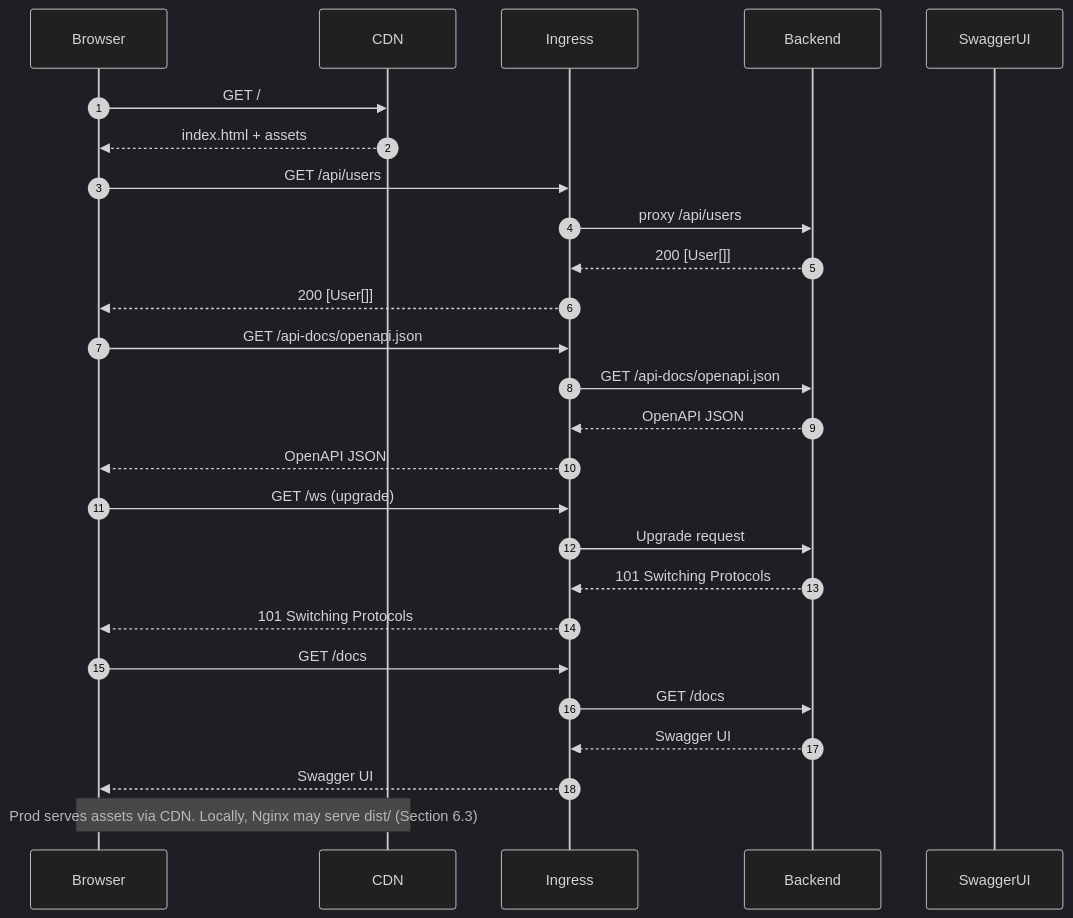
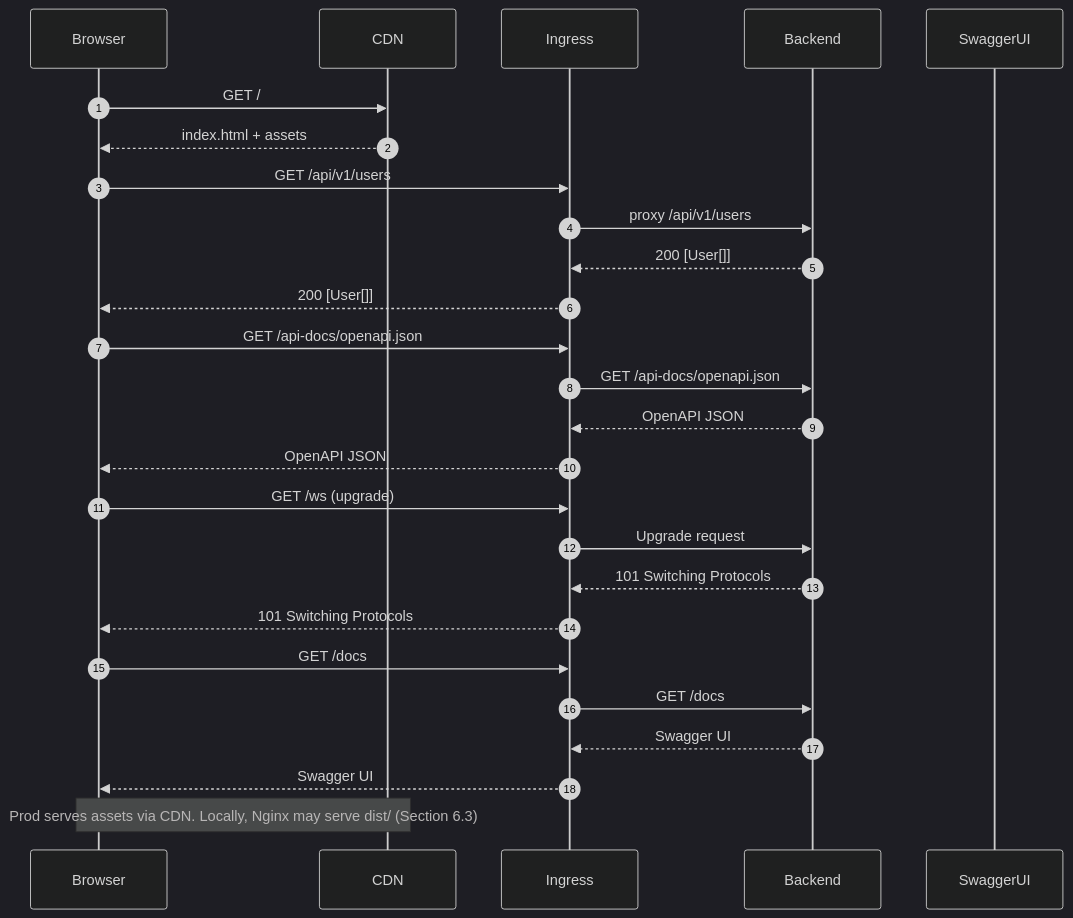
One commit to leynos/wildside changed the first of 3 diagrams in docs/repository-structure.md. Above: the diagram before and after it, drawn with Mermaid (dark theme). The commit also changed other lines of this file and 9 other files, not shown here.

````diff
--- a/docs/repository-structure.md
+++ b/docs/repository-structure.md
@@ -16,34 +16,34 @@
 ```mermaid
 sequenceDiagram
   autonumber
   participant Browser
   participant CDN
   participant Ingress
   participant Backend
   participant SwaggerUI
 
   Browser->>CDN: GET /
   CDN-->>Browser: index.html + assets
 
-  Browser->>Ingress: GET /api/users
-  Ingress->>Backend: proxy /api/users
+  Browser->>Ingress: GET /api/v1/users
+  Ingress->>Backend: proxy /api/v1/users
   Backend-->>Ingress: 200 [User[]]
   Ingress-->>Browser: 200 [User[]]
 
   Browser->>Ingress: GET /api-docs/openapi.json
   Ingress->>Backend: GET /api-docs/openapi.json
   Backend-->>Ingress: OpenAPI JSON
   Ingress-->>Browser: OpenAPI JSON
 
   Browser->>Ingress: GET /ws (upgrade)
   Ingress->>Backend: Upgrade request
   Backend-->>Ingress: 101 Switching Protocols
   Ingress-->>Browser: 101 Switching Protocols
 
   Browser->>Ingress: GET /docs
   Ingress->>Backend: GET /docs
   Backend-->>Ingress: Swagger UI
   Ingress-->>Browser: Swagger UI
 
   Note over Browser, CDN: Prod serves assets via CDN. Locally, Nginx may serve dist/ (Section 6.3)
 ```
````
